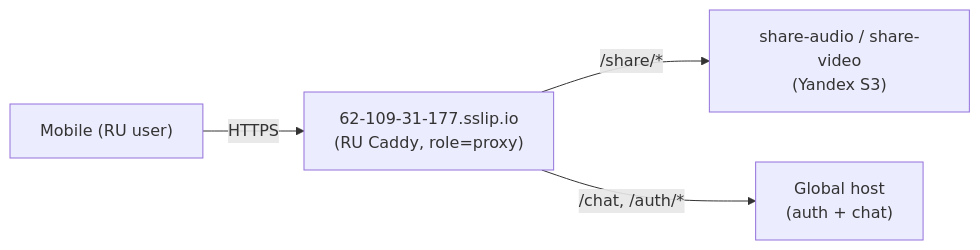
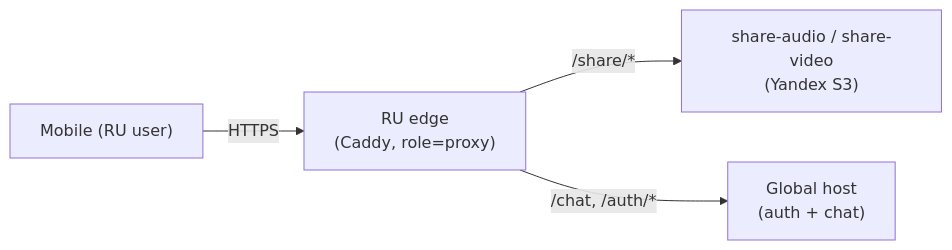
Before and after one commit to jiva-studio/shruti: the diagram in infra/app/README.md, drawn with Mermaid. The commit also changed 6 other files, not shown here.

````diff
--- a/infra/app/README.md
+++ b/infra/app/README.md
@@ -62,11 +62,11 @@
 ```mermaid
 flowchart LR
     Mobile["Mobile (RU user)"]
-    RUCaddy["62-109-31-177.sslip.io<br/>(RU Caddy, role=proxy)"]
+    RUCaddy["RU edge<br/>(Caddy, role=proxy)"]
     ShareLocal["share-audio / share-video<br/>(Yandex S3)"]
     Global["Global host<br/>(auth + chat)"]
 
     Mobile -->|HTTPS| RUCaddy
     RUCaddy -->|"/share/*"| ShareLocal
     RUCaddy -->|"/chat, /auth/*"| Global
 ```
````
